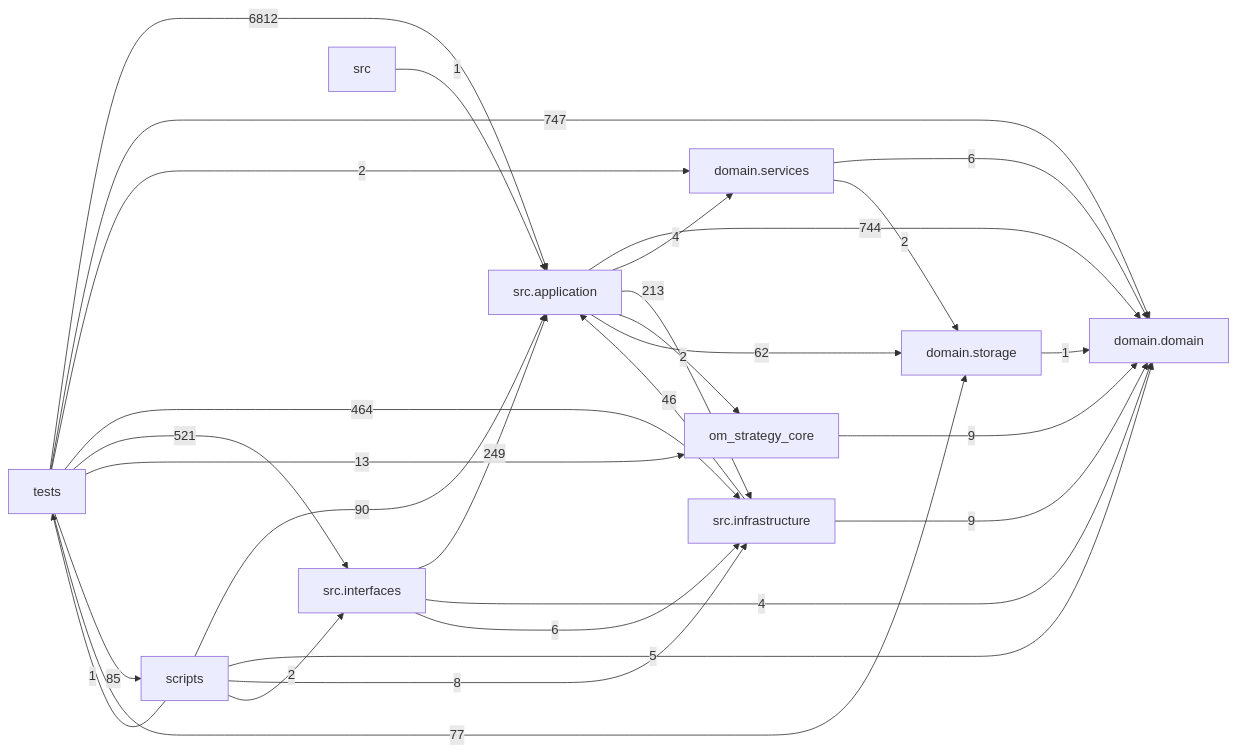
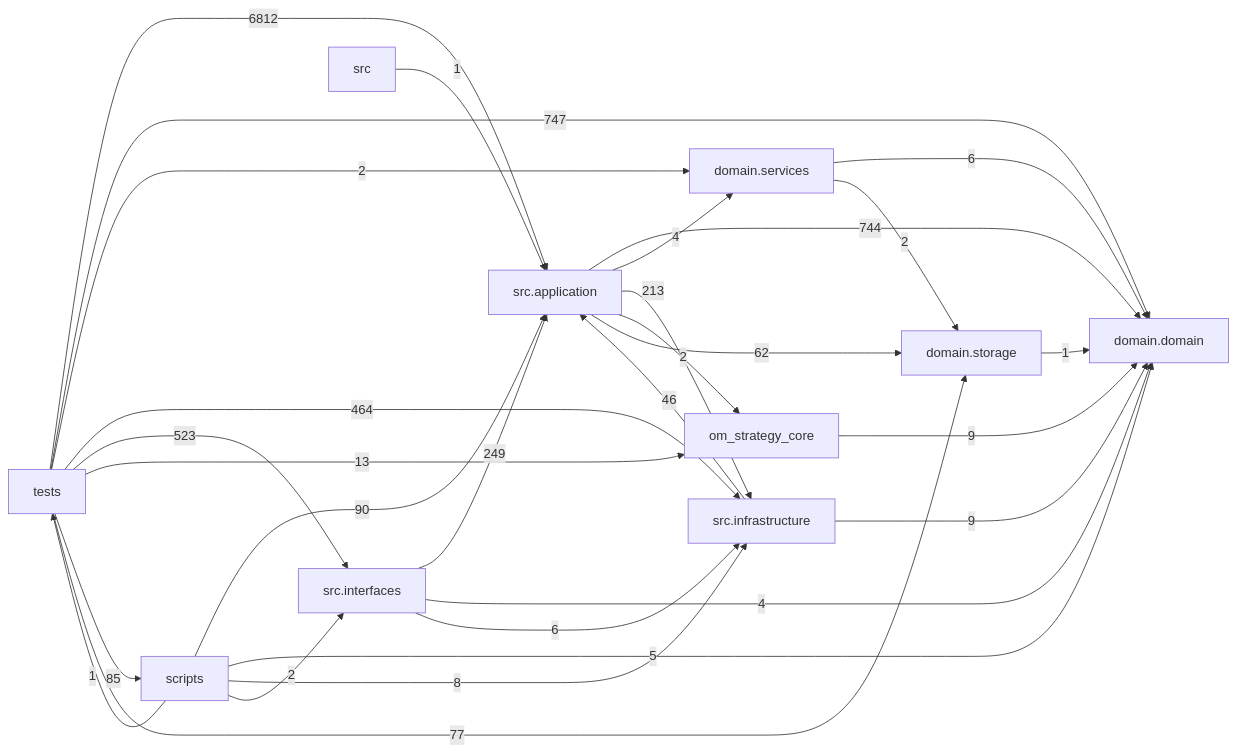
Before and after one commit to liuxie066/options-monitor: the diagram in docs/DEPENDENCY_GRAPH.md, drawn with Mermaid. The commit also changed other lines of this file and 2 other files, not shown here.

````diff
--- a/docs/DEPENDENCY_GRAPH.md
+++ b/docs/DEPENDENCY_GRAPH.md
@@ -24,39 +24,39 @@
 ```mermaid
 flowchart LR
   tests["tests"]
   scripts["scripts"]
   interfaces["src.interfaces"]
   application["src.application"]
   infrastructure["src.infrastructure"]
   domain_services["domain.services"]
   domain["domain.domain"]
   storage["domain.storage"]
   application -->|744| domain
   application -->|4| domain_services
   application -->|213| infrastructure
   application -->|2| om_strategy_core
   application -->|62| storage
   domain_services -->|6| domain
   domain_services -->|2| storage
   infrastructure -->|46| application
   infrastructure -->|9| domain
   interfaces -->|249| application
   interfaces -->|4| domain
   interfaces -->|6| infrastructure
   om_strategy_core -->|9| domain
   scripts -->|90| application
   scripts -->|5| domain
   scripts -->|8| infrastructure
   scripts -->|2| interfaces
   scripts -->|1| tests
   src -->|1| application
   storage -->|1| domain
   tests -->|6812| application
   tests -->|747| domain
   tests -->|2| domain_services
   tests -->|464| infrastructure
-  tests -->|521| interfaces
+  tests -->|523| interfaces
   tests -->|13| om_strategy_core
   tests -->|85| scripts
   tests -->|77| storage
 ```
````
